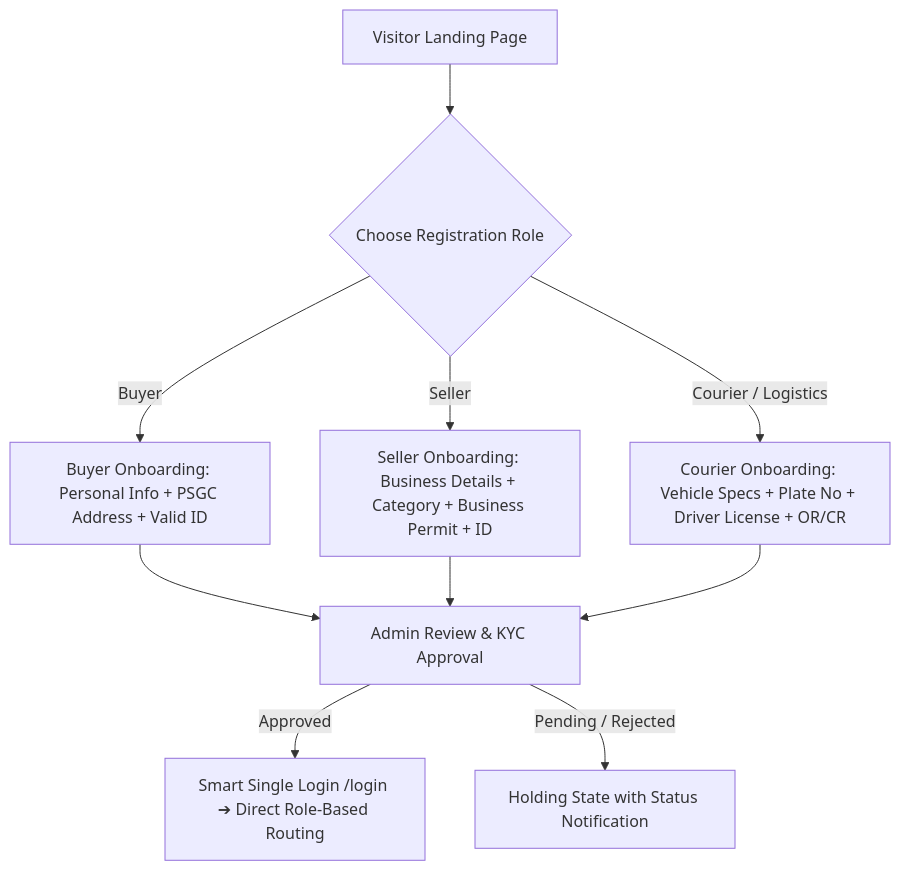
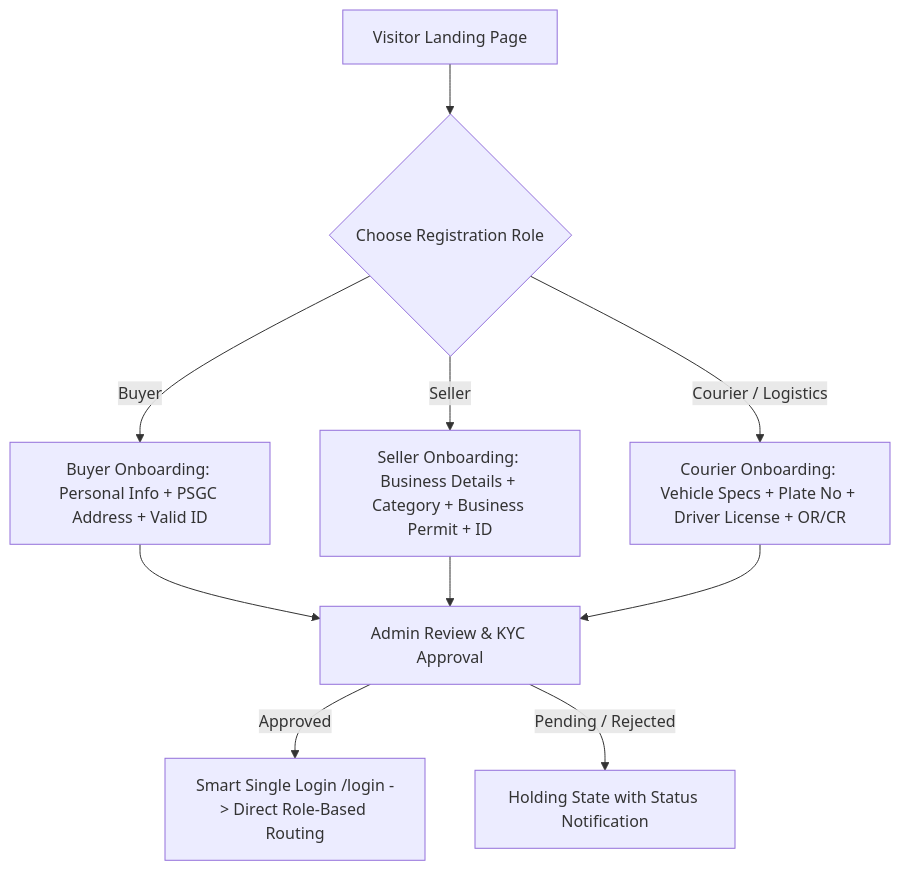
Before and after one commit to Auvryy/BagooPH: the first of 3 diagrams in docs/PROJECT_PLAN.md, drawn with Mermaid. The commit also changed other lines of this file and 11 other files, not shown here.

````diff
--- a/docs/PROJECT_PLAN.md
+++ b/docs/PROJECT_PLAN.md
@@ -10,14 +10,14 @@
 ```mermaid
 graph TD
     A[Visitor Landing Page] --> B{Choose Registration Role}
     B -->|Buyer| C[Buyer Onboarding: Personal Info + PSGC Address + Valid ID]
     B -->|Seller| D[Seller Onboarding: Business Details + Category + Business Permit + ID]
     B -->|Courier / Logistics| E[Courier Onboarding: Vehicle Specs + Plate No + Driver License + OR/CR]
     
     C --> F[Admin Review & KYC Approval]
     D --> F
     E --> F
     
-    F -->|Approved| G[Smart Single Login /login ➔ Direct Role-Based Routing]
+    F -->|Approved| G[Smart Single Login /login -> Direct Role-Based Routing]
     F -->|Pending / Rejected| H[Holding State with Status Notification]
 ```
````
